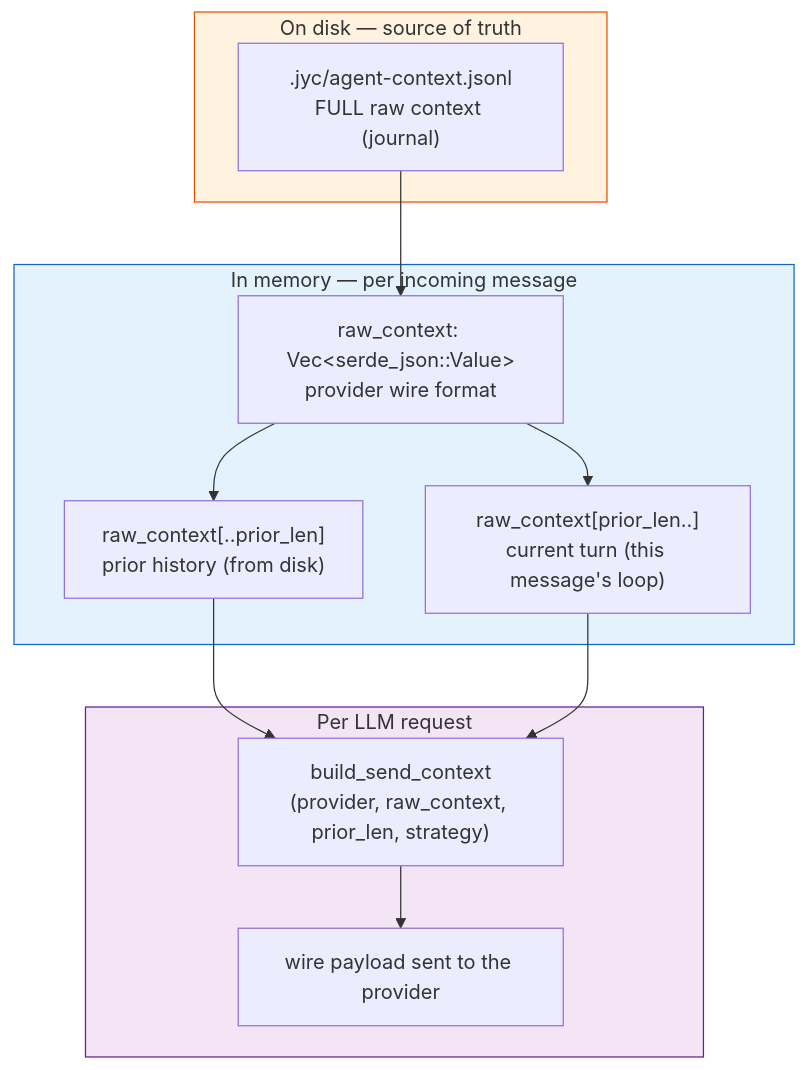
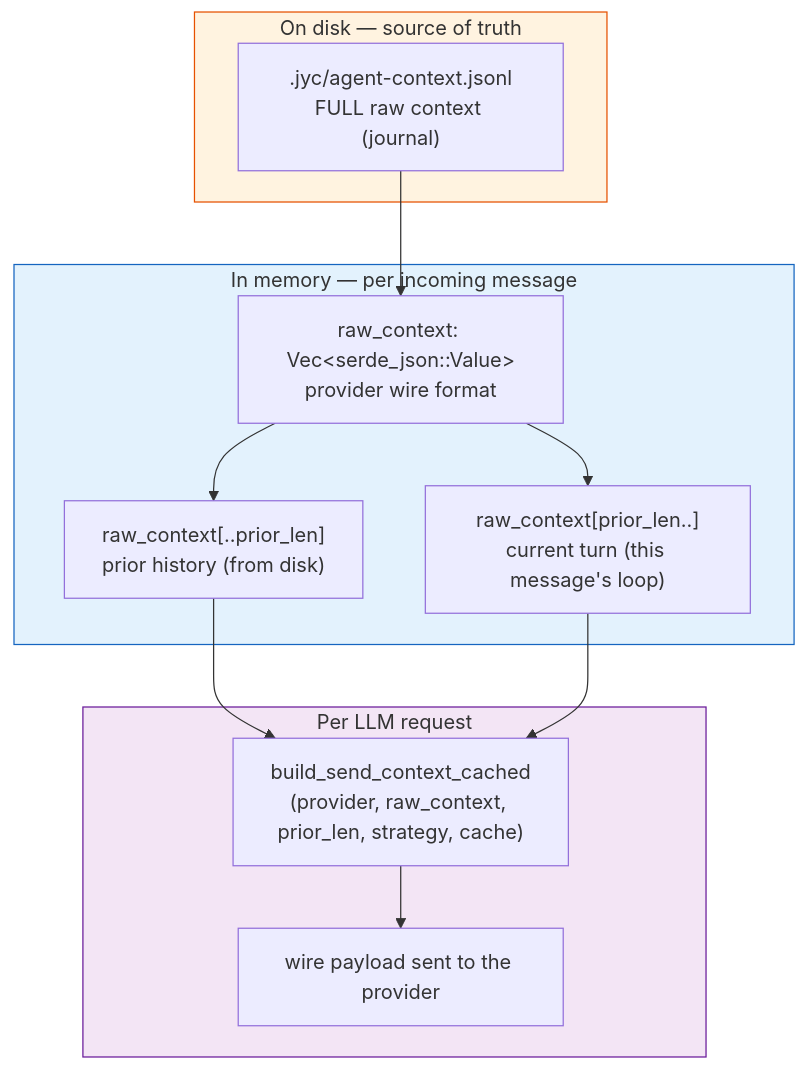
The first of 2 diagrams in docs/architecture/context.md (kingye/jyc), drawn with Mermaid before and after one commit. The commit also changed other lines of this file and 4 other files, not shown here.

First line of the commit message:
perf: build the send context once per turn, and log what the loop waits on (#970)

````diff
--- a/docs/architecture/context.md
+++ b/docs/architecture/context.md
@@ -42,24 +42,24 @@
 ```mermaid
 flowchart TD
     subgraph Disk["On disk — source of truth"]
         F[".jyc/agent-context.jsonl<br/>FULL raw context (journal)"]
     end
     subgraph Mem["In memory — per incoming message"]
         RC["raw_context: Vec&lt;serde_json::Value&gt;<br/>provider wire format"]
         PRIOR["raw_context[..prior_len]<br/>prior history (from disk)"]
         CURR["raw_context[prior_len..]<br/>current turn (this message's loop)"]
     end
     subgraph PerReq["Per LLM request"]
-        BSC["build_send_context<br/>(provider, raw_context, prior_len, strategy)"]
+        BSC["build_send_context_cached<br/>(provider, raw_context, prior_len, strategy, cache)"]
         WIRE["wire payload sent to the provider"]
     end
     F --> RC
     RC --> PRIOR
     RC --> CURR
     PRIOR --> BSC
     CURR --> BSC
     BSC --> WIRE
     style Disk fill:#fff3e0,stroke:#e65100
     style Mem fill:#e3f2fd,stroke:#1565c0
     style PerReq fill:#f3e5f5,stroke:#6a1b9a
 ```
````
